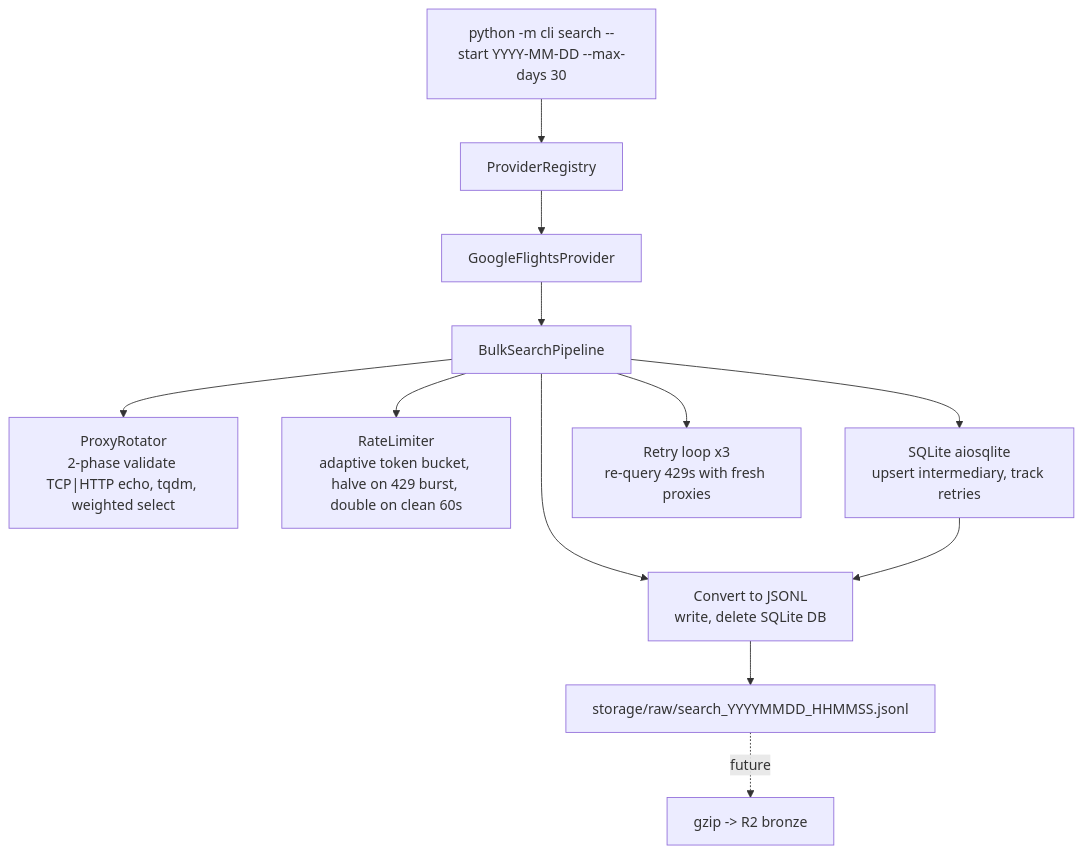
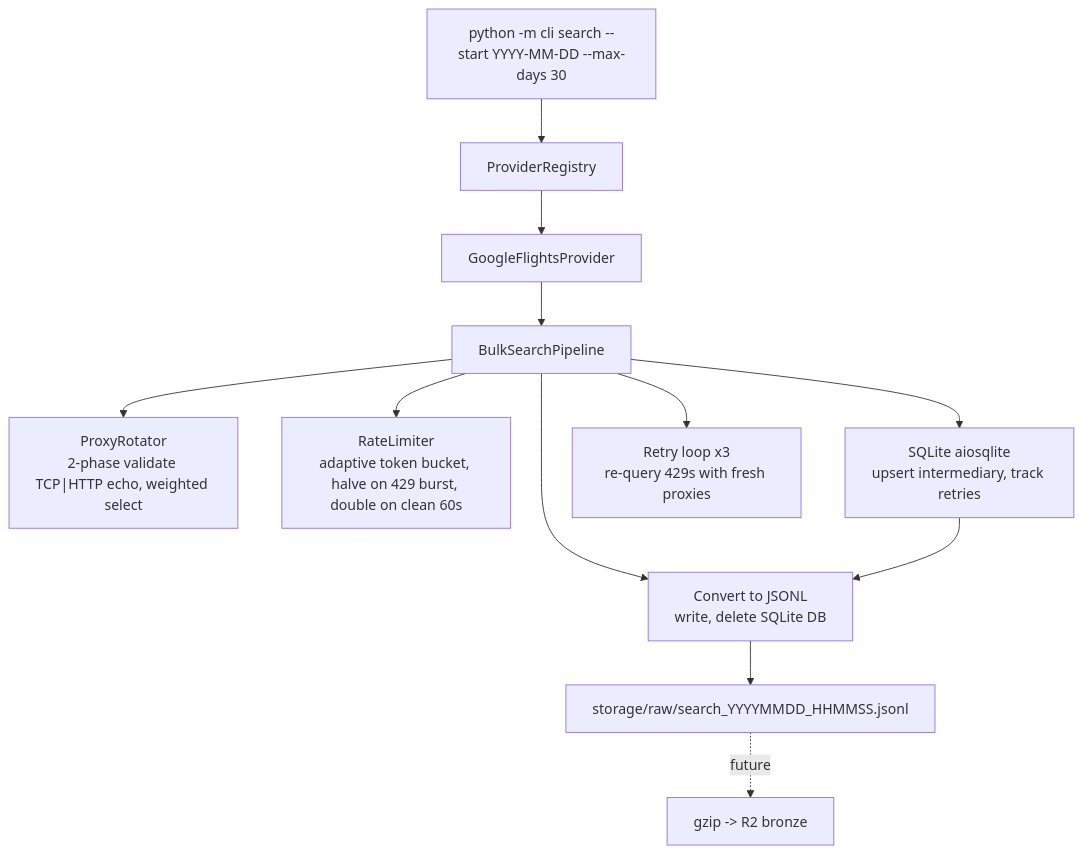
Before and after one commit to notlega/flight-price-observatory: the diagram in README.md, drawn with Mermaid. The commit also changed other lines of this file and 5 other files, not shown here.

````diff
--- a/README.md
+++ b/README.md
@@ -46,19 +46,19 @@
 ```mermaid
 flowchart TD
     CLI["python -m cli search --start YYYY-MM-DD --max-days 30"]
     REG["ProviderRegistry"]
     PROV["GoogleFlightsProvider"]
     PIPE["BulkSearchPipeline"]
 
     CLI --> REG --> PROV --> PIPE
 
-    PIPE --> ROT["ProxyRotator<br/>2-phase validate TCP|HTTP echo, tqdm, weighted select"]
+    PIPE --> ROT["ProxyRotator<br/>2-phase validate TCP|HTTP echo, weighted select"]
     PIPE --> RL["RateLimiter<br/>adaptive token bucket, halve on 429 burst, double on clean 60s"]
     PIPE --> SQL["SQLite aiosqlite<br/>upsert intermediary, track retries"]
     PIPE --> RETRY["Retry loop x3<br/>re-query 429s with fresh proxies"]
     PIPE --> CONV["Convert to JSONL<br/>write, delete SQLite DB"]
 
     SQL --> CONV
     CONV --> OUT["storage/raw/search_YYYYMMDD_HHMMSS.jsonl"]
     OUT -. future .-> R2["gzip -> R2 bronze"]
 ```
````
